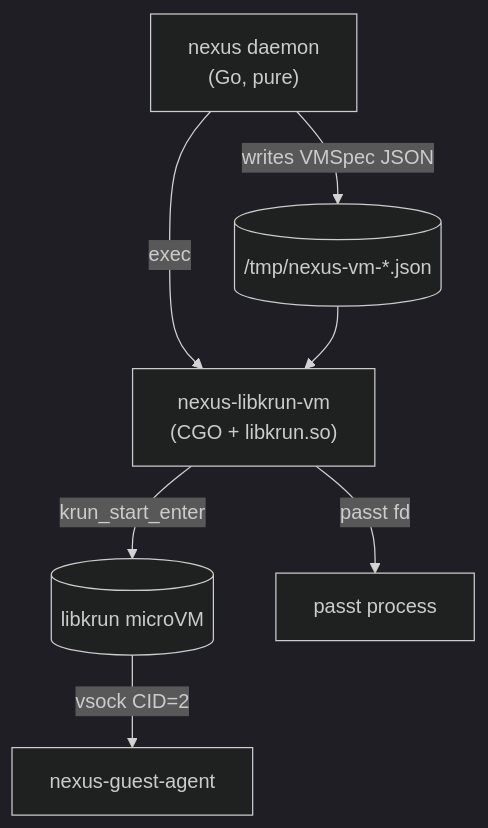
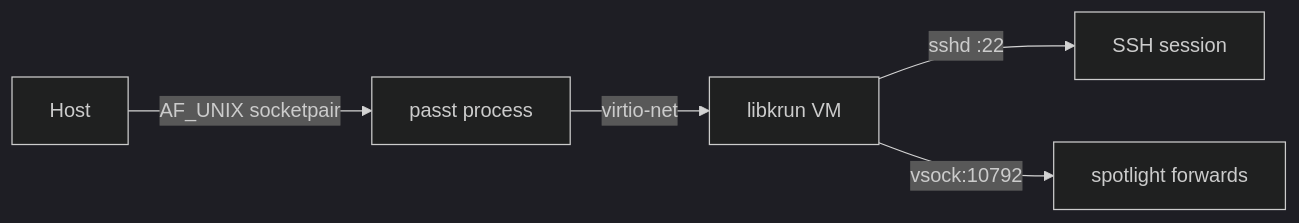
One commit to oursky/nexus changed the third of 5 diagrams in ARCHITECTURE.md. Above: the diagram before and after it, drawn with Mermaid (dark theme). The commit also changed other lines of this file and 7 other files, not shown here.

````diff
--- a/ARCHITECTURE.md
+++ b/ARCHITECTURE.md
@@ -65,9 +115,7 @@
 ```mermaid
-graph TD
-    Daemon["nexus daemon<br/>(Go, pure)"] -->|"writes VMSpec JSON"| Spec[("/tmp/nexus-vm-*.json")]
-    Daemon -->|"exec"| VMM["nexus-libkrun-vm<br/>(CGO + libkrun.so)"]
-    Spec --> VMM
-    VMM -->|"krun_start_enter"| VM[("libkrun microVM")]
-    VM -->|"vsock CID=2"| GA["nexus-guest-agent"]
-    VMM -->|"passt fd"| Passt["passt process"]
+graph LR
+    Host["Host"] -->|"AF_UNIX socketpair"| Passt["passt process"]
+    Passt -->|"virtio-net"| VM["libkrun VM"]
+    VM -->|"sshd :22"| SSH["SSH session"]
+    VM -->|"vsock:10792"| SF["spotlight forwards"]
 ```
````
